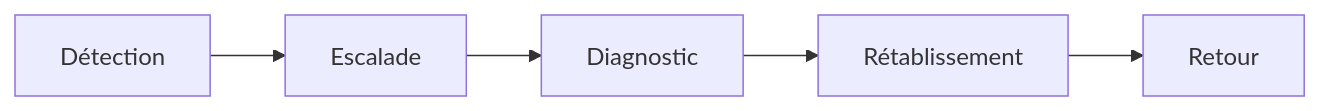
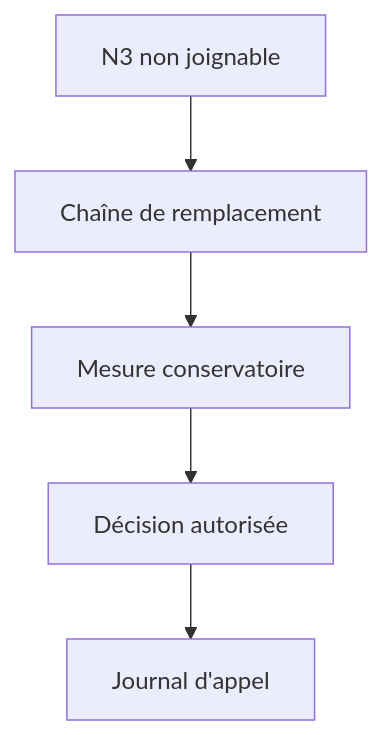
Before and after one commit to biggyseven/Skill-Tree: the sixth of 6 diagrams in content/lessons/maint-escalade-intermediaire.md, drawn with Mermaid. The commit also changed other lines of this file, not shown here.

Commit message:
Adapter les schémas au sujet de maint-escalade-intermediaire

````diff
--- a/content/lessons/maint-escalade-intermediaire.md
+++ b/content/lessons/maint-escalade-intermediaire.md
@@ -92,4 +107,7 @@
 ```mermaid
-flowchart LR
-  A[Détection] --> B[Escalade] --> C[Diagnostic] --> D[Rétablissement] --> E[Retour]
+flowchart TD
+  A[N3 non joignable] --> B[Chaîne de remplacement]
+  B --> C[Mesure conservatoire]
+  C --> D[Décision autorisée]
+  D --> E[Journal d'appel]
 ```
````
